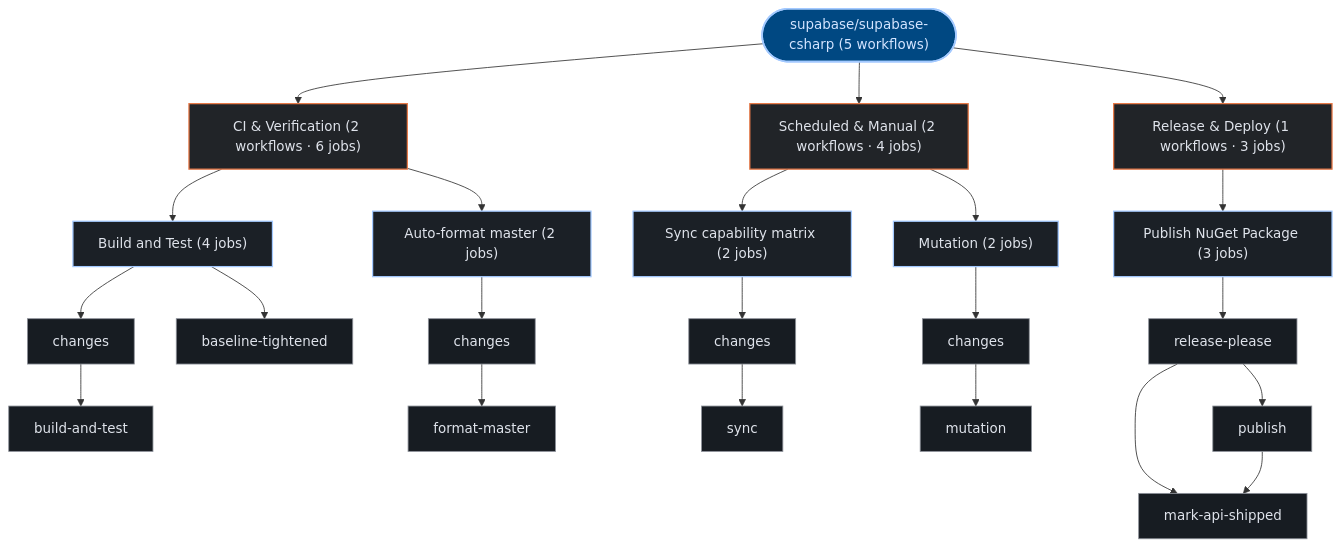
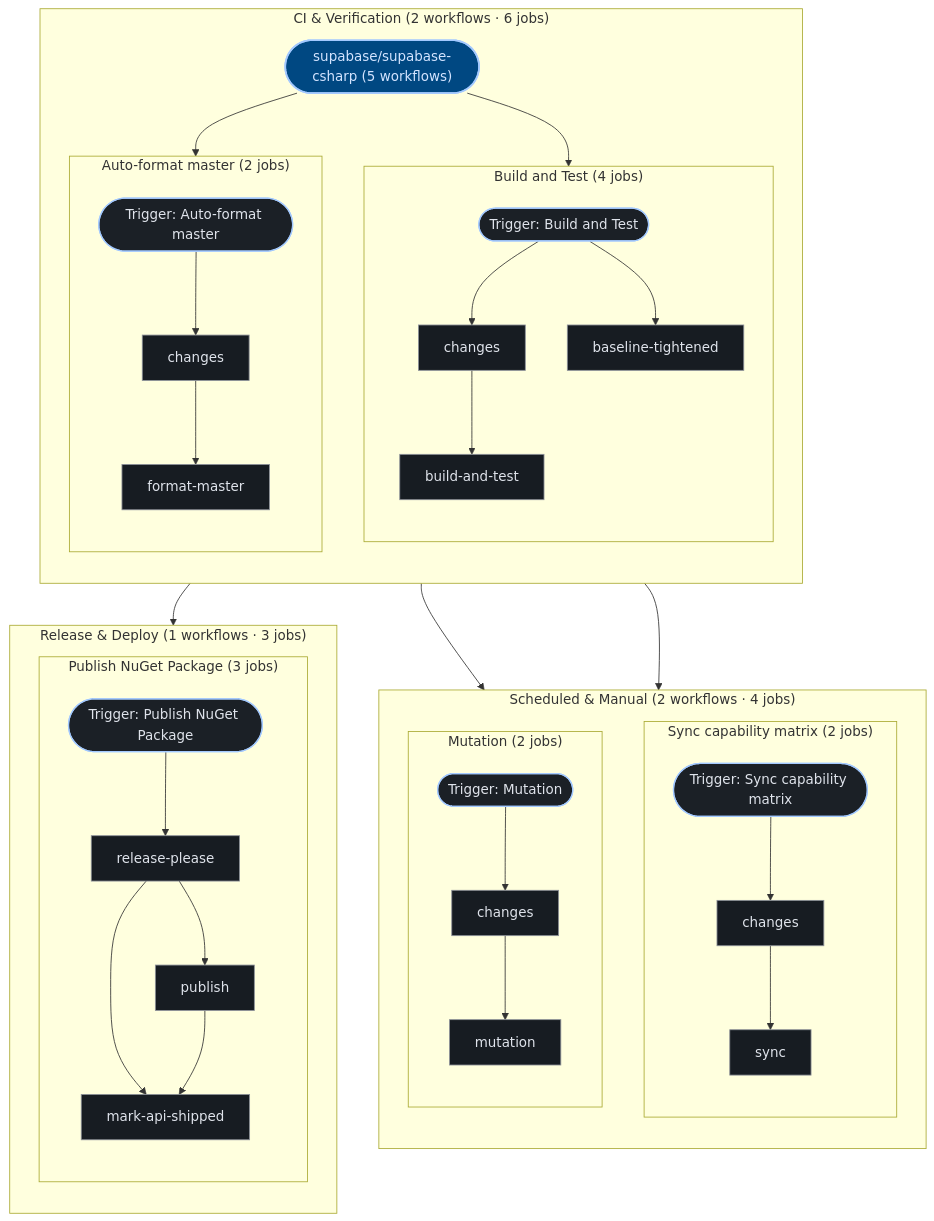
One commit to kumarshaz/atruss-code-atlas changed the third of 3 diagrams in exports/latest/reports/supabase-supabase-csharp-report.md. Above: the diagram before and after it, drawn with Mermaid. The commit also changed 181 other files, not shown here.

````diff
--- a/exports/latest/reports/supabase-supabase-csharp-report.md
+++ b/exports/latest/reports/supabase-supabase-csharp-report.md
@@ -200,52 +200,70 @@
 ```mermaid
 graph TD;
   classDef atlasRoot fill:#004882,stroke:#a3c9ff,stroke-width:2px,color:#d3e4ff
   classDef atlasCategory fill:#212428,stroke:#E87A48,stroke-width:1.5px,color:#dfe3eb
   classDef atlasWorkflow fill:#1b2026,stroke:#a3c9ff,stroke-width:1.5px,color:#dfe3eb
   classDef atlasJob fill:#171c22,stroke:#8d9199,stroke-width:1px,color:#dfe3eb
   classDef atlasTarget fill:#005227,stroke:#8bd99b,stroke-width:1.5px,color:#a7f6b6
   classDef atlasAlert fill:#93000a,stroke:#ffb4ab,stroke-width:1.5px,color:#ffdad6
   classDef atlasMore fill:#252a31,stroke:#8d9199,stroke-dasharray:4 4,color:#c3c6cf
   pipeline_root(["supabase/supabase-csharp (5 workflows)"]):::atlasRoot
-  grp_0_CI___Verification["CI & Verification (2 workflows · 6 jobs)"]:::atlasCategory
-  pipeline_root --> grp_0_CI___Verification
-  wf_0_Build_and_Test["Build and Test (4 jobs)"]:::atlasWorkflow
-  grp_0_CI___Verification --> wf_0_Build_and_Test
-  job_0_changes["changes"]:::atlasJob
-  job_0_build_and_test["build-and-test"]:::atlasJob
-  job_0_baseline_tightened["baseline-tightened"]:::atlasJob
-  wf_0_Build_and_Test --> job_0_changes
-  job_0_changes --> job_0_build_and_test
-  wf_0_Build_and_Test --> job_0_baseline_tightened
-  wf_2_Auto_format_master["Auto-format master (2 jobs)"]:::atlasWorkflow
-  grp_0_CI___Verification --> wf_2_Auto_format_master
-  job_2_changes["changes"]:::atlasJob
-  job_2_format_master["format-master"]:::atlasJob
-  wf_2_Auto_format_master --> job_2_changes
-  job_2_changes --> job_2_format_master
-  grp_1_Scheduled___Manual["Scheduled & Manual (2 workflows · 4 jobs)"]:::atlasCategory
-  pipeline_root --> grp_1_Scheduled___Manual
-  wf_1_Sync_capability_matrix["Sync capability matrix (2 jobs)"]:::atlasWorkflow
-  grp_1_Scheduled___Manual --> wf_1_Sync_capability_matrix
-  job_1_changes["changes"]:::atlasJob
-  job_1_sync["sync"]:::atlasJob
-  wf_1_Sync_capability_matrix --> job_1_changes
-  job_1_changes --> job_1_sync
-  wf_3_Mutation["Mutation (2 jobs)"]:::atlasWorkflow
-  grp_1_Scheduled___Manual --> wf_3_Mutation
-  job_3_changes["changes"]:::atlasJob
-  job_3_mutation["mutation"]:::atlasJob
-  wf_3_Mutation --> job_3_changes
-  job_3_changes --> job_3_mutation
-  grp_2_Release___Deploy["Release & Deploy (1 workflows · 3 jobs)"]:::atlasCategory
-  pipeline_root --> grp_2_Release___Deploy
-  wf_4_Publish_NuGet_Package["Publish NuGet Package (3 jobs)"]:::atlasWorkflow
-  grp_2_Release___Deploy --> wf_4_Publish_NuGet_Package
-  job_4_release_please["release-please"]:::atlasJob
-  job_4_publish["publish"]:::atlasJob
-  job_4_mark_api_shipped["mark-api-shipped"]:::atlasJob
-  wf_4_Publish_NuGet_Package --> job_4_release_please
-  job_4_release_please --> job_4_publish
-  job_4_release_please --> job_4_mark_api_shipped
-  job_4_publish --> job_4_mark_api_shipped
+  subgraph sg_grp_0_CI___Verification["CI & Verification (2 workflows · 6 jobs)"]
+    direction TB
+    subgraph sg_wf_0_Build_and_Test["Build and Test (4 jobs)"]
+      direction TB
+      wf_0_Build_and_Test(["Trigger: Build and Test"]):::atlasWorkflow
+      job_0_changes["changes"]:::atlasJob
+      job_0_build_and_test["build-and-test"]:::atlasJob
+      job_0_baseline_tightened["baseline-tightened"]:::atlasJob
+      wf_0_Build_and_Test --> job_0_changes
+      job_0_changes --> job_0_build_and_test
+      wf_0_Build_and_Test --> job_0_baseline_tightened
+    end
+    pipeline_root --> wf_0_Build_and_Test
+    subgraph sg_wf_2_Auto_format_master["Auto-format master (2 jobs)"]
+      direction TB
+      wf_2_Auto_format_master(["Trigger: Auto-format master"]):::atlasWorkflow
+      job_2_changes["changes"]:::atlasJob
+      job_2_format_master["format-master"]:::atlasJob
+      wf_2_Auto_format_master --> job_2_changes
+      job_2_changes --> job_2_format_master
+    end
+    pipeline_root --> wf_2_Auto_format_master
+  end
+  subgraph sg_grp_1_Scheduled___Manual["Scheduled & Manual (2 workflows · 4 jobs)"]
+    direction TB
+    subgraph sg_wf_1_Sync_capability_matrix["Sync capability matrix (2 jobs)"]
+      direction TB
+      wf_1_Sync_capability_matrix(["Trigger: Sync capability matrix"]):::atlasWorkflow
+      job_1_changes["changes"]:::atlasJob
+      job_1_sync["sync"]:::atlasJob
+      wf_1_Sync_capability_matrix --> job_1_changes
+      job_1_changes --> job_1_sync
+    end
+    pipeline_root --> wf_1_Sync_capability_matrix
+    subgraph sg_wf_3_Mutation["Mutation (2 jobs)"]
+      direction TB
+      wf_3_Mutation(["Trigger: Mutation"]):::atlasWorkflow
+      job_3_changes["changes"]:::atlasJob
+      job_3_mutation["mutation"]:::atlasJob
+      wf_3_Mutation --> job_3_changes
+      job_3_changes --> job_3_mutation
+    end
+    pipeline_root --> wf_3_Mutation
+  end
+  subgraph sg_grp_2_Release___Deploy["Release & Deploy (1 workflows · 3 jobs)"]
+    direction TB
+    subgraph sg_wf_4_Publish_NuGet_Package["Publish NuGet Package (3 jobs)"]
+      direction TB
+      wf_4_Publish_NuGet_Package(["Trigger: Publish NuGet Package"]):::atlasWorkflow
+      job_4_release_please["release-please"]:::atlasJob
+      job_4_publish["publish"]:::atlasJob
+      job_4_mark_api_shipped["mark-api-shipped"]:::atlasJob
+      wf_4_Publish_NuGet_Package --> job_4_release_please
+      job_4_release_please --> job_4_publish
+      job_4_release_please --> job_4_mark_api_shipped
+      job_4_publish --> job_4_mark_api_shipped
+    end
+    pipeline_root --> wf_4_Publish_NuGet_Package
+  end
 ```
````
